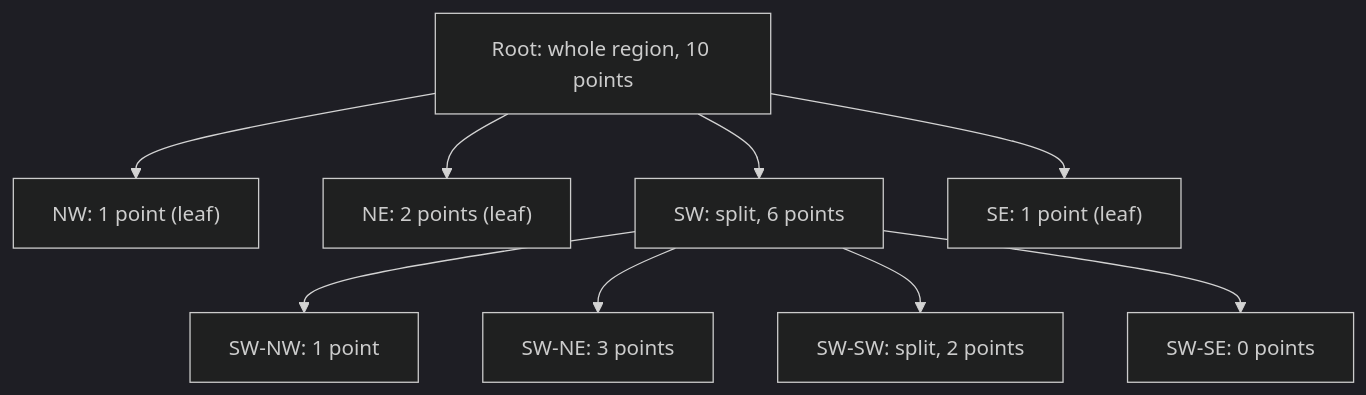
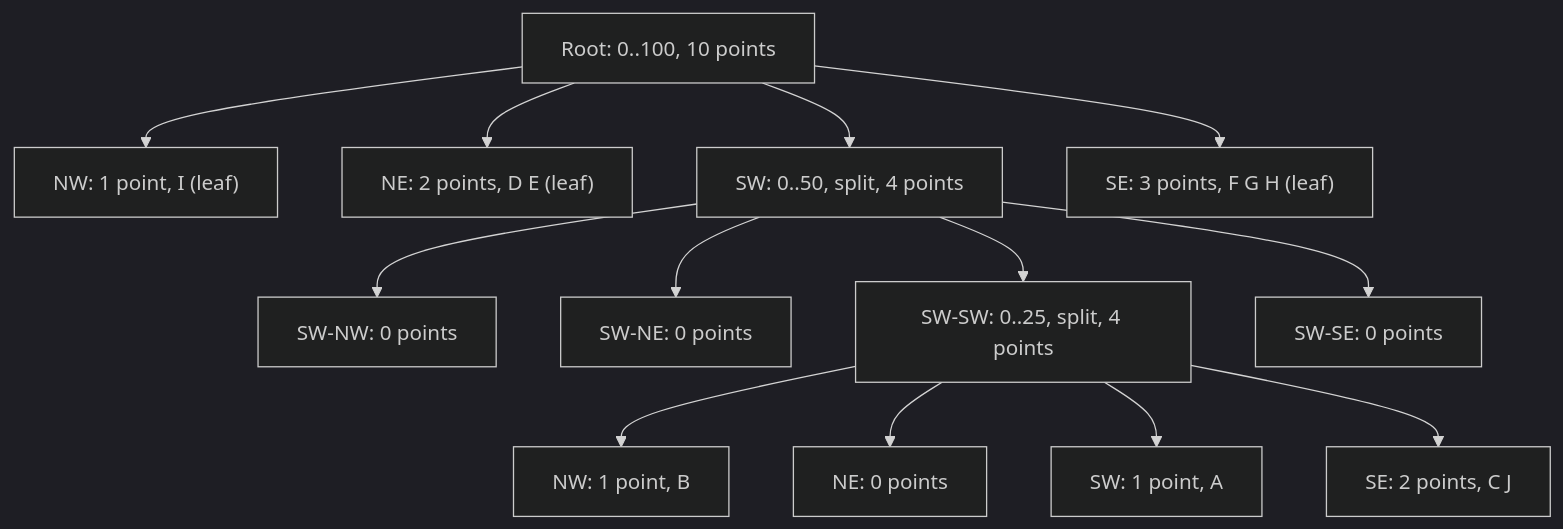
The second of 3 diagrams in kb/hld/fundamentals/18-geospatial-indexing.md (chaandharaghav/dsa-interview-guide), drawn with Mermaid (dark theme) before and after one commit. The commit also changed other lines of this file and 1 other file, not shown here.

````diff
--- a/kb/hld/fundamentals/18-geospatial-indexing.md
+++ b/kb/hld/fundamentals/18-geospatial-indexing.md
@@ -113,11 +118,15 @@
 ```mermaid
 flowchart TD
-    R["Root: whole region, 10 points"] --> NW["NW: 1 point (leaf)"]
-    R --> NE["NE: 2 points (leaf)"]
-    R --> SW["SW: split, 6 points"]
-    R --> SE["SE: 1 point (leaf)"]
-    SW --> SW1["SW-NW: 1 point"]
-    SW --> SW2["SW-NE: 3 points"]
-    SW --> SW3["SW-SW: split, 2 points"]
+    R["Root: 0..100, 10 points"] --> NW["NW: 1 point, I (leaf)"]
+    R --> NE["NE: 2 points, D E (leaf)"]
+    R --> SW["SW: 0..50, split, 4 points"]
+    R --> SE["SE: 3 points, F G H (leaf)"]
+    SW --> SW1["SW-NW: 0 points"]
+    SW --> SW2["SW-NE: 0 points"]
+    SW --> SW3["SW-SW: 0..25, split, 4 points"]
     SW --> SW4["SW-SE: 0 points"]
+    SW3 --> L1["NW: 1 point, B"]
+    SW3 --> L2["NE: 0 points"]
+    SW3 --> L3["SW: 1 point, A"]
+    SW3 --> L4["SE: 2 points, C J"]
 ```
````
